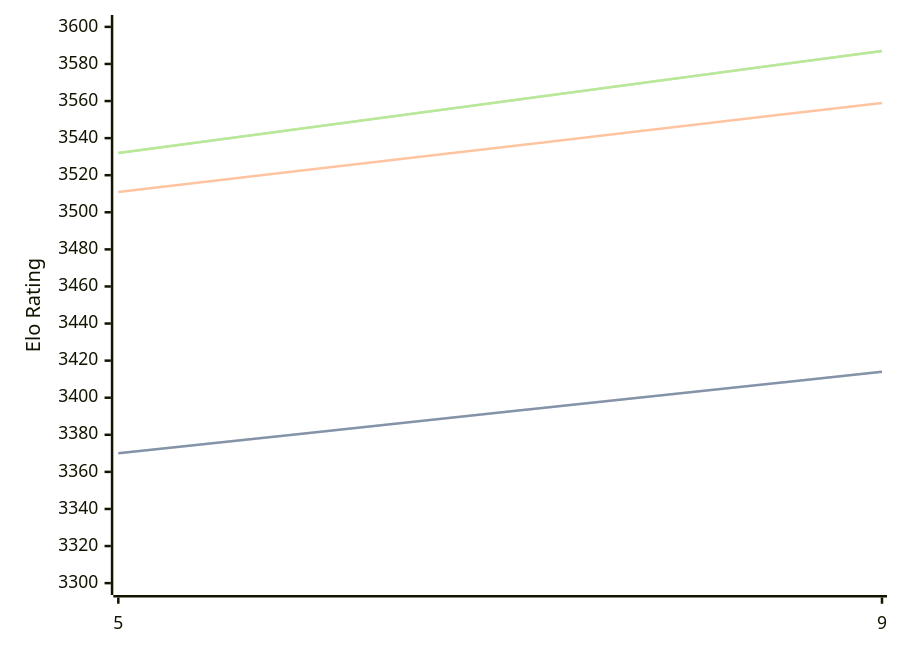
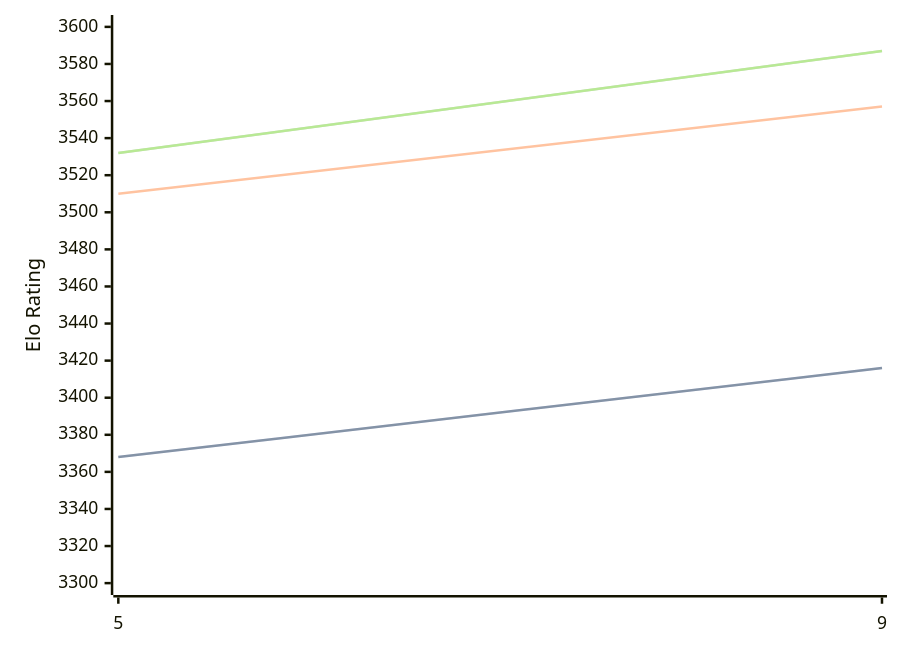
One commit to computer-chess-index/cci changed the diagram in engines/Crystal.md. Above: the diagram before and after it, drawn with Mermaid. The commit also changed other lines of this file, not shown here.

````diff
--- a/engines/Crystal.md
+++ b/engines/Crystal.md
@@ -60,11 +60,11 @@
 ```mermaid
 %%{init: {"theme":"base","themeVariables":{"seriesColors:['#a3a3a3','#222221','#faa371']}}}%%
 xychart-beta
   x-axis ["5", "9"]
   y-axis "Elo Rating" 3300 --> 3600
-  line "STC (8.0+0.08s)" [3370, 3414]
-  line "STC (8.0+0.08s)" [3370, 3414]
-  line "LTC (60.0+0.60s)" [3511, 3559]
+  line "STC (8.0+0.08s)" [3368, 3416]
+  line "STC (8.0+0.08s)" [3368, 3416]
+  line "LTC (60.0+0.60s)" [3510, 3557]
   line "VLTC (2m24s+1.12s)" [3532, 3587]
   line "VLTC (2m24s+1.12s)" [3532, 3587]
 ```
````
